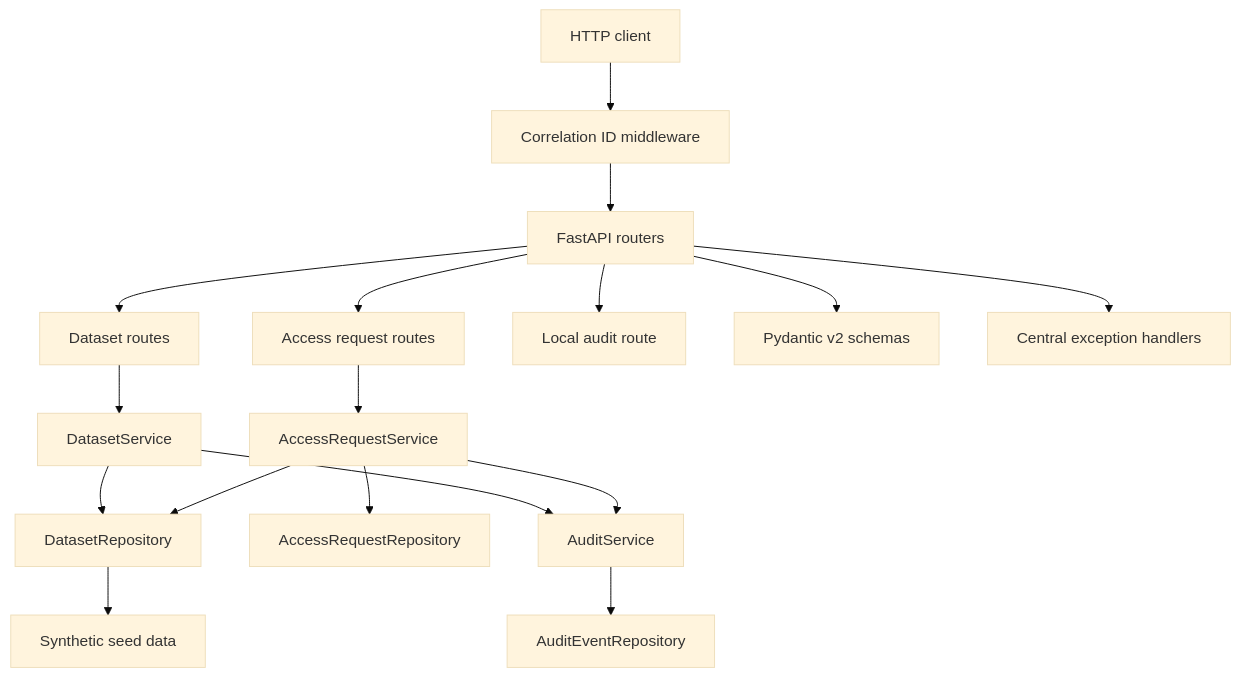
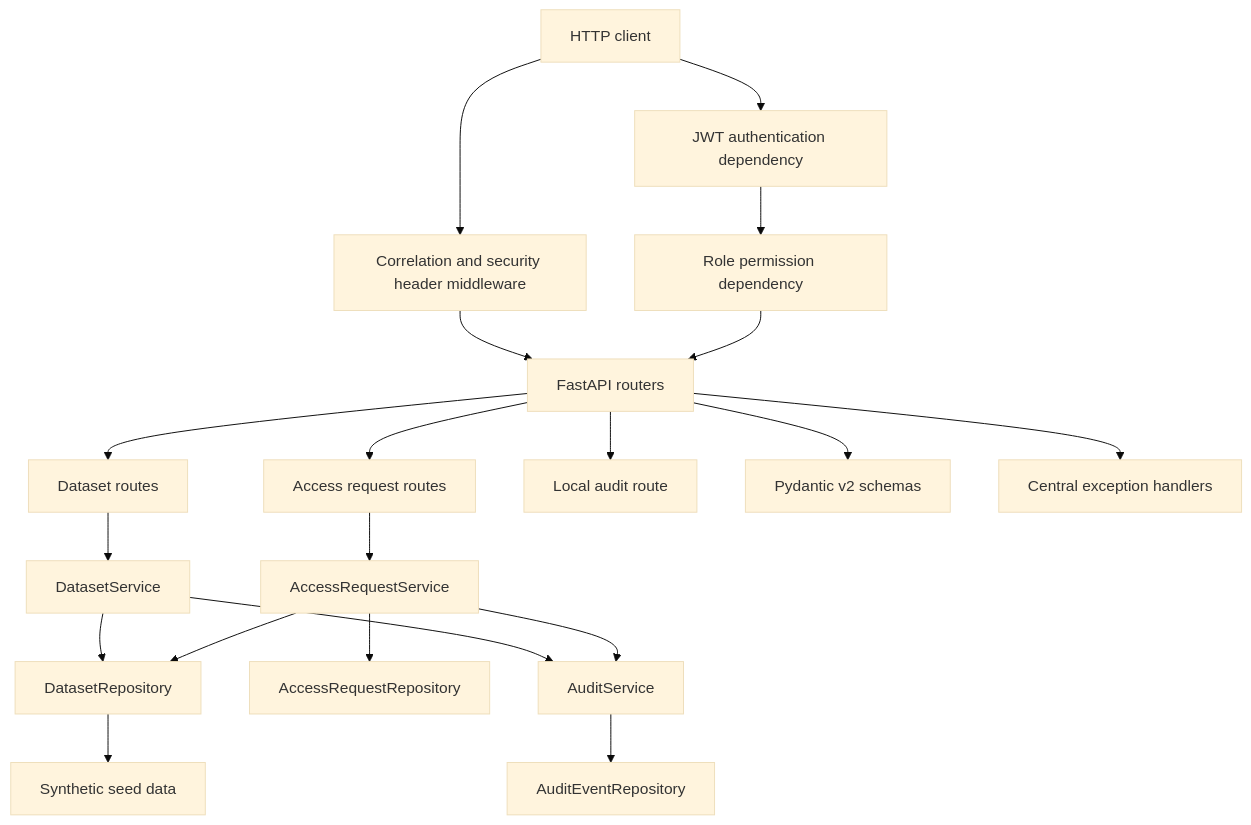
Before and after one commit to Ibraheemolasupogit/devsecops-application-security-pipeline: the first of 3 diagrams in docs/architecture/application-architecture.md, drawn with Mermaid (base theme). The commit also changed other lines of this file and 76 other files, not shown here.

Commit message:
Implement milestone 3 authentication and API security

````diff
--- a/docs/architecture/application-architecture.md
+++ b/docs/architecture/application-architecture.md
@@ -5,19 +5,22 @@
 ```mermaid
 flowchart TB
-    Client["HTTP client"] --> Middleware["Correlation ID middleware"]
+    Client["HTTP client"] --> Middleware["Correlation and security header middleware"]
+    Client --> Authn["JWT authentication dependency"]
+    Authn --> Authz["Role permission dependency"]
     Middleware --> Router["FastAPI routers"]
+    Authz --> Router
     Router --> DatasetRoutes["Dataset routes"]
     Router --> RequestRoutes["Access request routes"]
     Router --> AuditRoutes["Local audit route"]
     DatasetRoutes --> DatasetService["DatasetService"]
     RequestRoutes --> RequestService["AccessRequestService"]
     DatasetService --> DatasetRepo["DatasetRepository"]
     RequestService --> RequestRepo["AccessRequestRepository"]
     RequestService --> DatasetRepo
     DatasetService --> AuditService["AuditService"]
     RequestService --> AuditService
     AuditService --> AuditRepo["AuditEventRepository"]
     DatasetRepo --> SeedData["Synthetic seed data"]
     Router --> Schemas["Pydantic v2 schemas"]
     Router --> Exceptions["Central exception handlers"]
 ```
````
